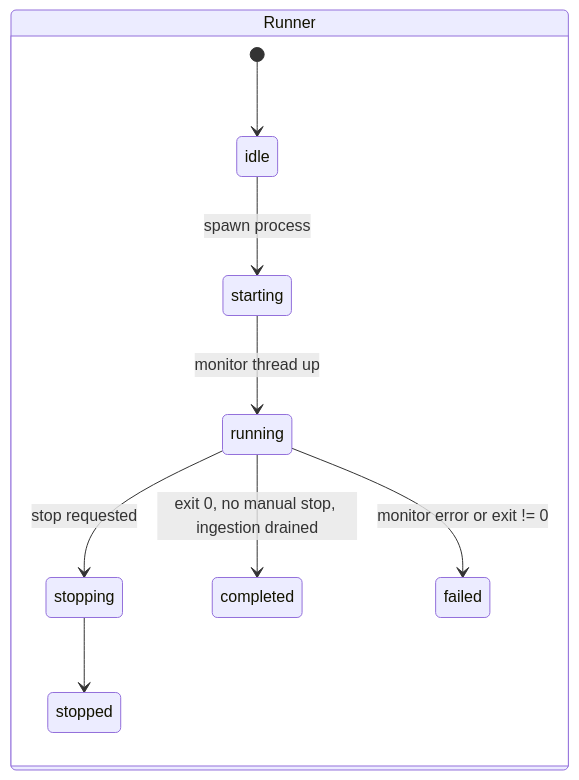
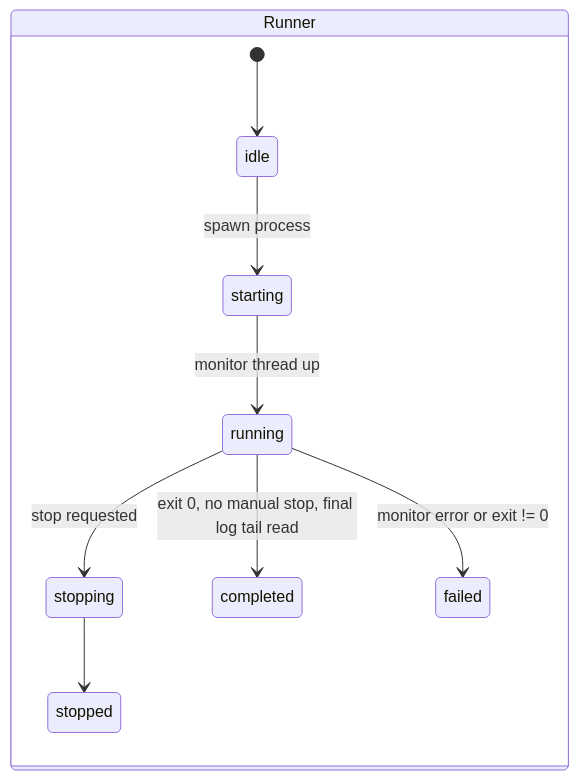
Before and after one commit to Ghostfusion/MiroFish: the fourth of 7 diagrams in docs/DESIGN.md, drawn with Mermaid. The commit also changed other lines of this file and 16 other files, not shown here.

````diff
--- a/docs/DESIGN.md
+++ b/docs/DESIGN.md
@@ -194,13 +195,13 @@
 ```mermaid
 stateDiagram-v2
   direction LR
   state Runner {
     [*] --> idle
     idle --> starting: spawn process
     starting --> running: monitor thread up
     running --> stopping: stop requested
-    running --> completed: exit 0, no manual stop, ingestion drained
+    running --> completed: exit 0, no manual stop, final log tail read
     running --> failed: monitor error or exit != 0
     stopping --> stopped
   }
 ```
````
